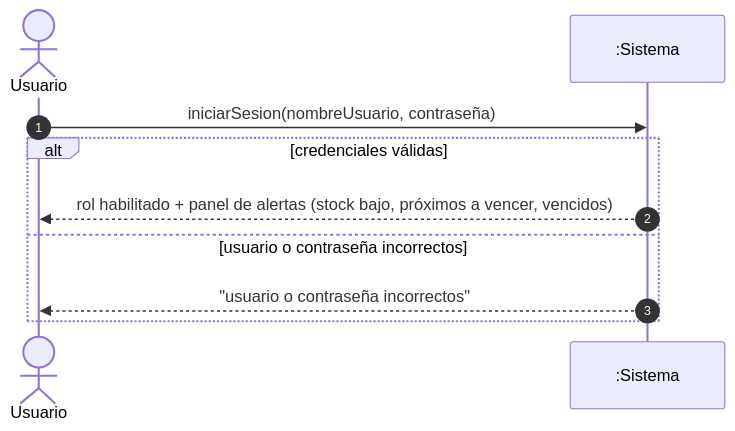
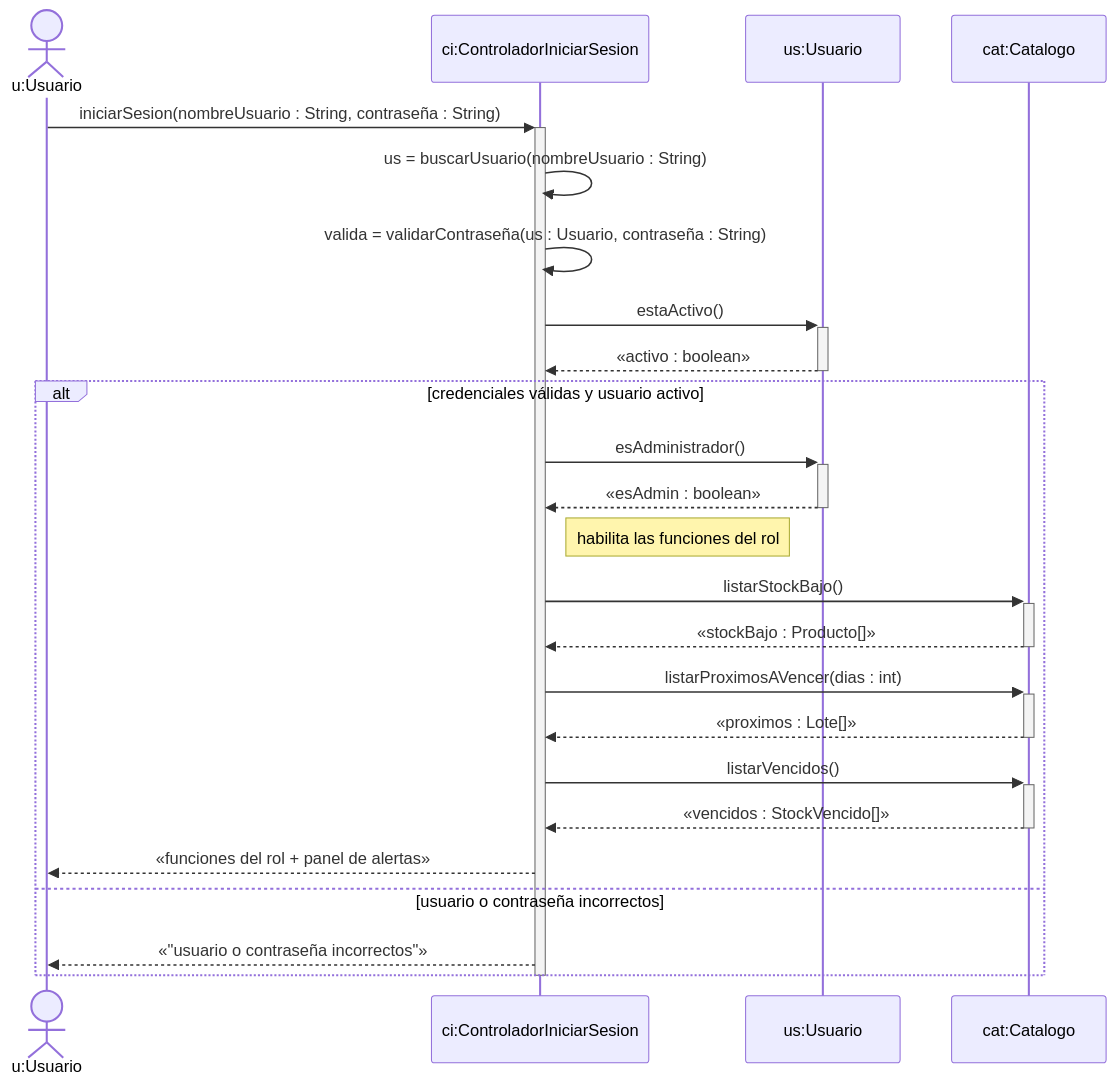
One commit to cirotop/Stock-Project changed the first of 12 diagrams in 08-Diagrama De Secuencia/Diagramas_de_Secuencia.md. Above: the diagram before and after it, drawn with Mermaid. The commit also changed other lines of this file, not shown here.

````diff
--- a/08-Diagrama De Secuencia/Diagramas_de_Secuencia.md
+++ b/08-Diagrama De Secuencia/Diagramas_de_Secuencia.md
@@ -9,12 +19,28 @@
 ```mermaid
 sequenceDiagram
-    autonumber
-    actor U as Usuario
-    participant S as :Sistema
-    U->>S: iniciarSesion(nombreUsuario, contraseña)
-    alt credenciales válidas
-        S-->>U: rol habilitado + panel de alertas (stock bajo, próximos a vencer, vencidos)
+    actor u as u:Usuario
+    participant ci as ci:ControladorIniciarSesion
+    participant us as us:Usuario
+    participant cat as cat:Catalogo
+
+    u->>+ci: iniciarSesion(nombreUsuario : String, contraseña : String)
+    ci->>ci: us = buscarUsuario(nombreUsuario : String)
+    ci->>ci: valida = validarContraseña(us : Usuario, contraseña : String)
+    ci->>+us: estaActivo()
+    us-->>-ci: «activo : boolean»
+    alt credenciales válidas y usuario activo
+        ci->>+us: esAdministrador()
+        us-->>-ci: «esAdmin : boolean»
+        Note right of ci: habilita las funciones del rol
+        ci->>+cat: listarStockBajo()
+        cat-->>-ci: «stockBajo : Producto[]»
+        ci->>+cat: listarProximosAVencer(dias : int)
+        cat-->>-ci: «proximos : Lote[]»
+        ci->>+cat: listarVencidos()
+        cat-->>-ci: «vencidos : StockVencido[]»
+        ci-->>u: «funciones del rol + panel de alertas»
     else usuario o contraseña incorrectos
-        S-->>U: "usuario o contraseña incorrectos"
+        ci-->>u: «"usuario o contraseña incorrectos"»
     end
+    deactivate ci
 ```
````
